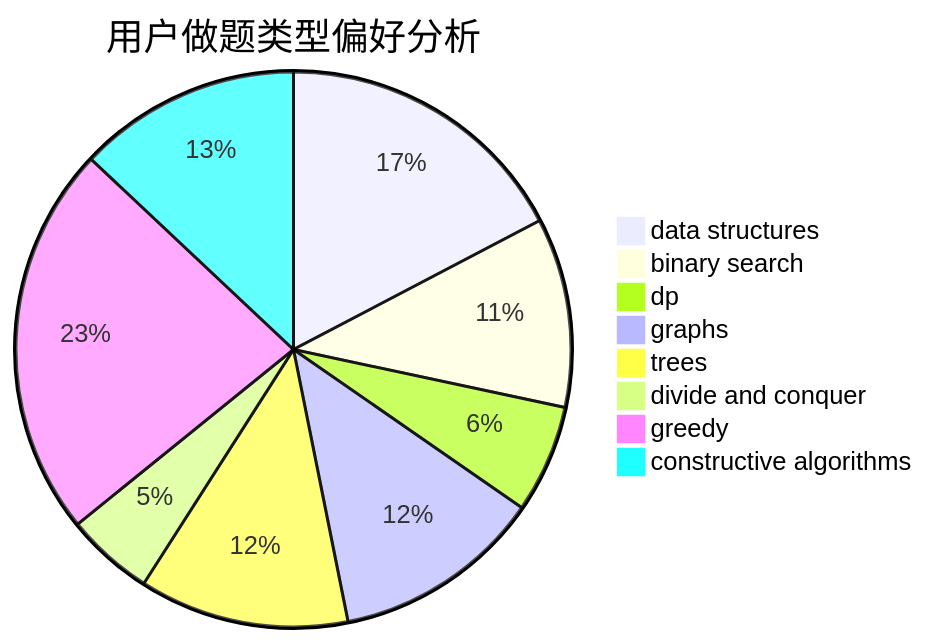
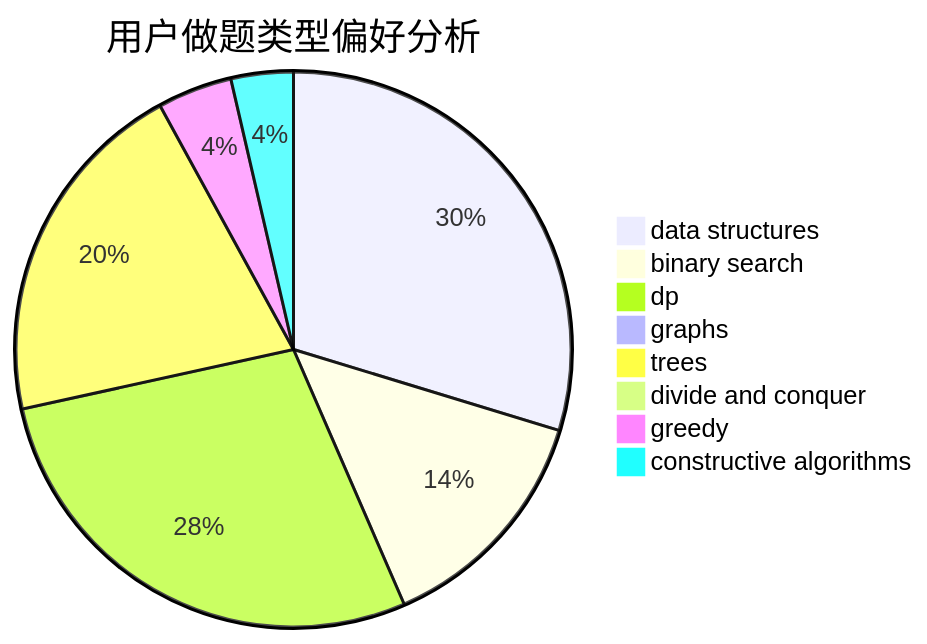
One commit to sherpahu/cfrs.github.io changed the second of 3 diagrams in docs/user/u393.md. Above: the diagram before and after it, drawn with Mermaid. The commit also changed other lines of this file and 2770 other files, not shown here.

````diff
--- a/docs/user/u393.md
+++ b/docs/user/u393.md
@@ -23,11 +23,11 @@
 ```mermaid
 pie title 用户做题类型偏好分析
-    "data structures" :  44
-    "binary search" :  28
-    "dp" :  16
-    "graphs" :  31
-    "trees" :  31
-    "divide and conquer" :  13
-    "greedy" :  58
-    "constructive algorithms" :  33
+    "data structures" :  164
+    "binary search" :  76
+    "dp" :  155
+    "graphs" :  1
+    "trees" :  113
+    "divide and conquer" :  2
+    "greedy" :  24
+    "constructive algorithms" :  20
 ```
````
